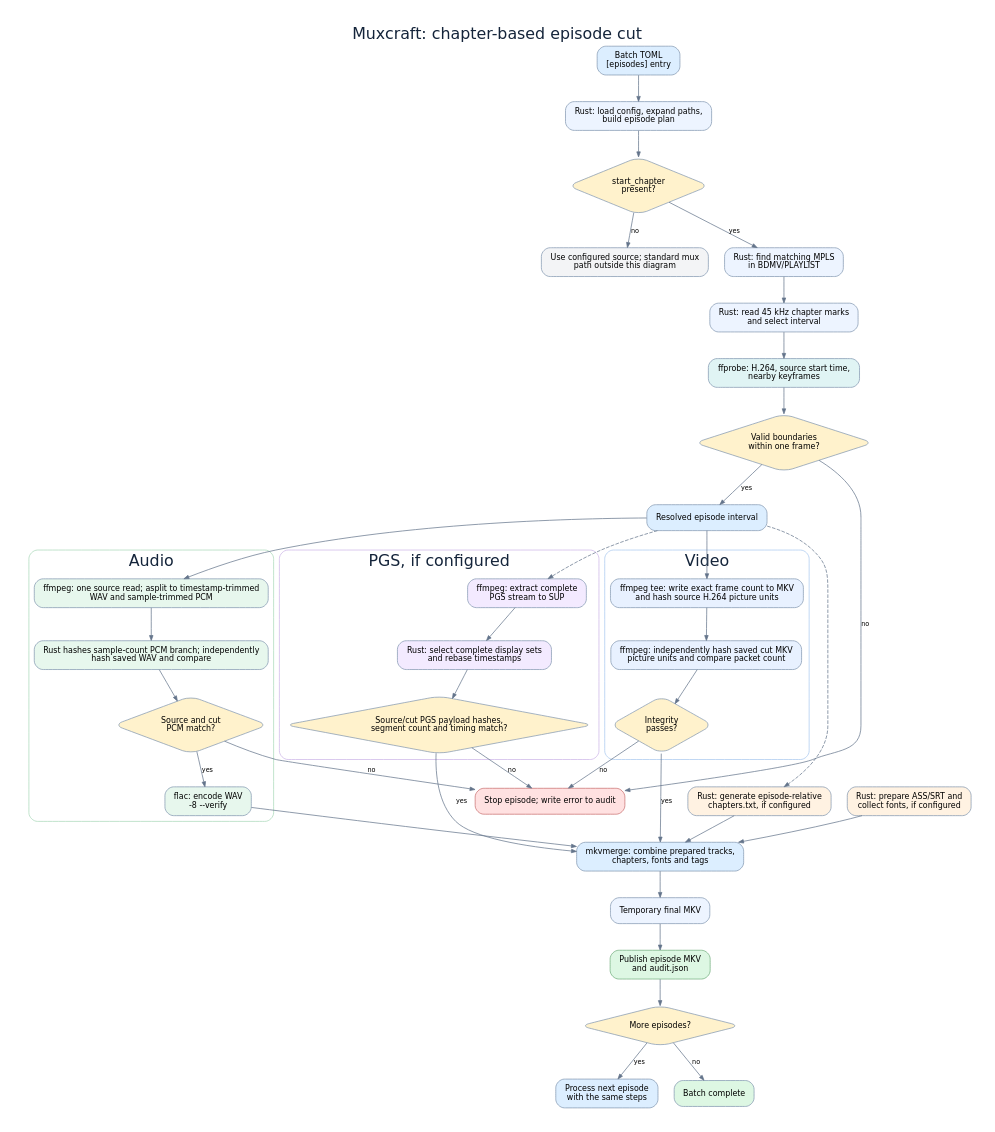
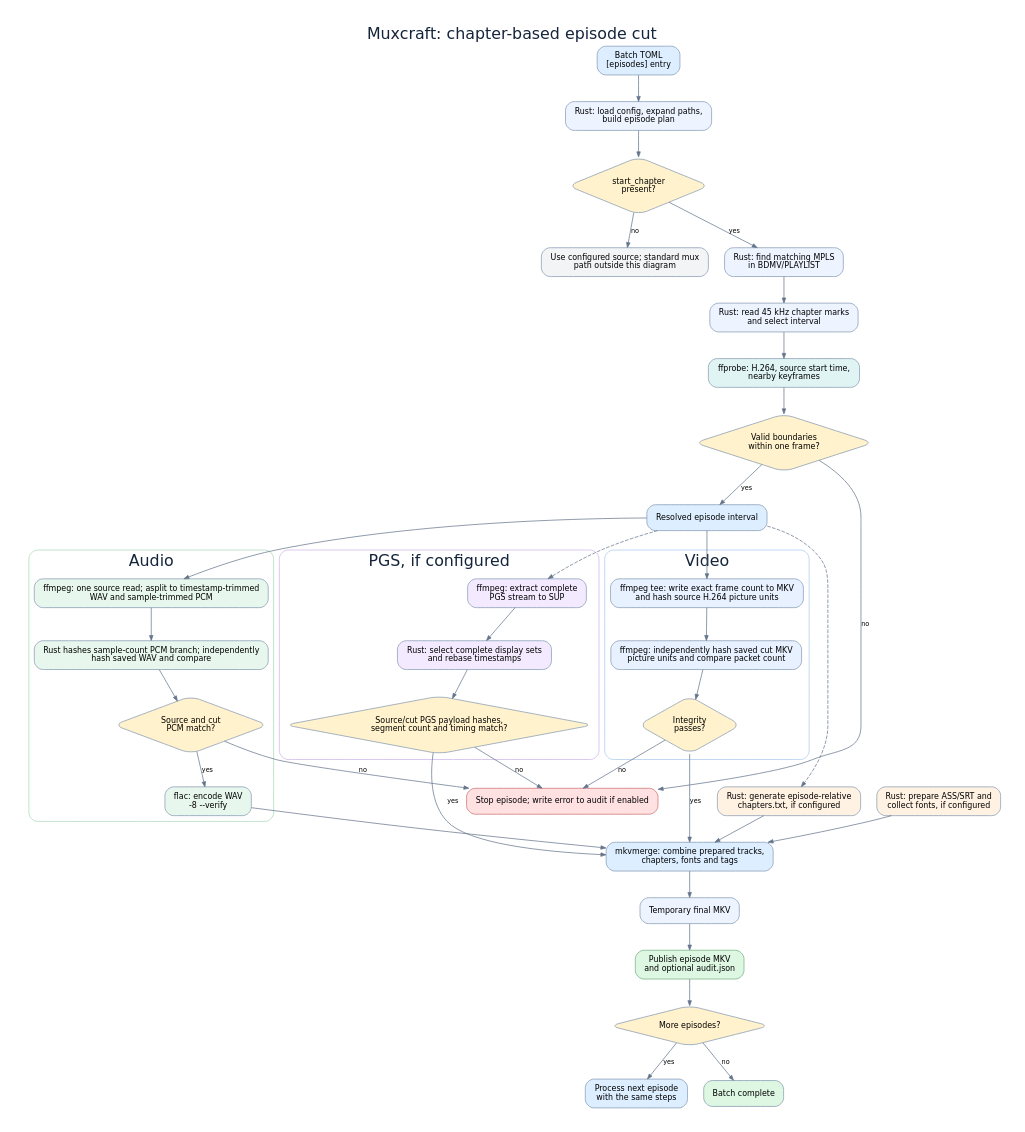
The diagram in docs/chapter-cut-flow.dot (IncYami/muxcraft), drawn with Graphviz before and after one commit. The commit also changed 13 other files, not shown here.

```diff
--- a/docs/chapter-cut-flow.dot
+++ b/docs/chapter-cut-flow.dot
@@ -1,71 +1,71 @@
 digraph ChapterCutFlow {
   graph [rankdir=TB, bgcolor="white", pad="0.35", nodesep="0.3", ranksep="0.48", fontname="DejaVu Sans", label="Muxcraft: chapter-based episode cut", labelloc=t, fontsize=22, fontcolor="#14243a"];
   node [shape=box, style="rounded,filled", fillcolor="#edf4ff", color="#8297b0", fontname="DejaVu Sans", fontsize=11, margin="0.17,0.11"];
   edge [color="#64748b", arrowsize=0.7, fontname="DejaVu Sans", fontsize=9];
 
   toml [label="Batch TOML\n[episodes] entry", fillcolor="#dceeff"];
   plan [label="Rust: load config, expand paths,\nbuild episode plan"];
   cut [shape=diamond, label="start_chapter\npresent?", fillcolor="#fff2cc"];
   no_cut [label="Use configured source; standard mux\npath outside this diagram", fillcolor="#f3f4f6"];
   discover [label="Rust: find matching MPLS\nin BDMV/PLAYLIST"];
   marks [label="Rust: read 45 kHz chapter marks\nand select interval"];
   probe [label="ffprobe: H.264, source start time,\nnearby keyframes", fillcolor="#e0f4f4"];
   bounds [shape=diamond, label="Valid boundaries\nwithin one frame?", fillcolor="#fff2cc"];
   interval [label="Resolved episode interval", fillcolor="#dceeff"];
-  error [label="Stop episode; write error to audit", fillcolor="#ffe1e1", color="#c76d6d"];
+  error [label="Stop episode; write error to audit if enabled", fillcolor="#ffe1e1", color="#c76d6d"];
 
   subgraph cluster_video {
     label="Video"; color="#a8c8ef"; style="rounded"; fontname="DejaVu Sans";
     video [label="ffmpeg tee: write exact frame count to MKV\nand hash source H.264 picture units", fillcolor="#e8f1ff"];
     video_hash [label="ffmpeg: independently hash saved cut MKV\npicture units and compare packet count", fillcolor="#e8f1ff"];
     video_ok [shape=diamond, label="Integrity\npasses?", fillcolor="#fff2cc"];
     video -> video_hash -> video_ok;
   }
   subgraph cluster_audio {
     label="Audio"; color="#a9d8b8"; style="rounded"; fontname="DejaVu Sans";
     audio [label="ffmpeg: one source read; asplit to timestamp-trimmed\nWAV and sample-trimmed PCM", fillcolor="#e7f7ed"];
     audio_hash [label="Rust hashes sample-count PCM branch; independently\nhash saved WAV and compare", fillcolor="#e7f7ed"];
     audio_ok [shape=diamond, label="Source and cut\nPCM match?", fillcolor="#fff2cc"];
     flac [label="flac: encode WAV\n-8 --verify", fillcolor="#e7f7ed"];
     audio -> audio_hash -> audio_ok;
     audio_ok -> flac [label="yes"];
   }
   subgraph cluster_pgs {
     label="PGS, if configured"; color="#ccb4e8"; style="rounded"; fontname="DejaVu Sans";
     pgs [label="ffmpeg: extract complete\nPGS stream to SUP", fillcolor="#f3eaff"];
     pgs_cut [label="Rust: select complete display sets\nand rebase timestamps", fillcolor="#f3eaff"];
     pgs_hash [shape=diamond, label="Source/cut PGS payload hashes,\nsegment count and timing match?", fillcolor="#fff2cc"];
     pgs -> pgs_cut -> pgs_hash;
   }
   chapter [label="Rust: generate episode-relative\nchapters.txt, if configured", fillcolor="#fff2e2"];
   text [label="Rust: prepare ASS/SRT and\ncollect fonts, if configured", fillcolor="#fff2e2"];
   mux [label="mkvmerge: combine prepared tracks,\nchapters, fonts and tags", fillcolor="#dceeff"];
   partial [label="Temporary final MKV"];
-  output [label="Publish episode MKV\nand audit.json", fillcolor="#ddf7e3", color="#72ad7d"];
+  output [label="Publish episode MKV\nand optional audit.json", fillcolor="#ddf7e3", color="#72ad7d"];
   next [shape=diamond, label="More episodes?", fillcolor="#fff2cc"];
   repeat [label="Process next episode\nwith the same steps", fillcolor="#dceeff"];
   done [label="Batch complete", fillcolor="#ddf7e3"];
 
   toml -> plan -> cut;
   cut -> no_cut [label="no"];
   cut -> discover [label="yes"];
   discover -> marks -> probe -> bounds;
   bounds -> error [label="no"];
   bounds -> interval [label="yes"];
   interval -> video;
   interval -> audio;
   interval -> pgs [style=dashed];
   interval -> chapter [style=dashed];
   video_ok -> error [label="no"];
   audio_ok -> error [label="no"];
   video_ok -> mux [label="yes"];
   flac -> mux;
   pgs_hash -> error [label="no"];
   pgs_hash -> mux [label="yes"];
   chapter -> mux;
   text -> mux;
   mux -> partial -> output;
   output -> next;
   next -> done [label="no"];
   next -> repeat [label="yes"];
 }
```
